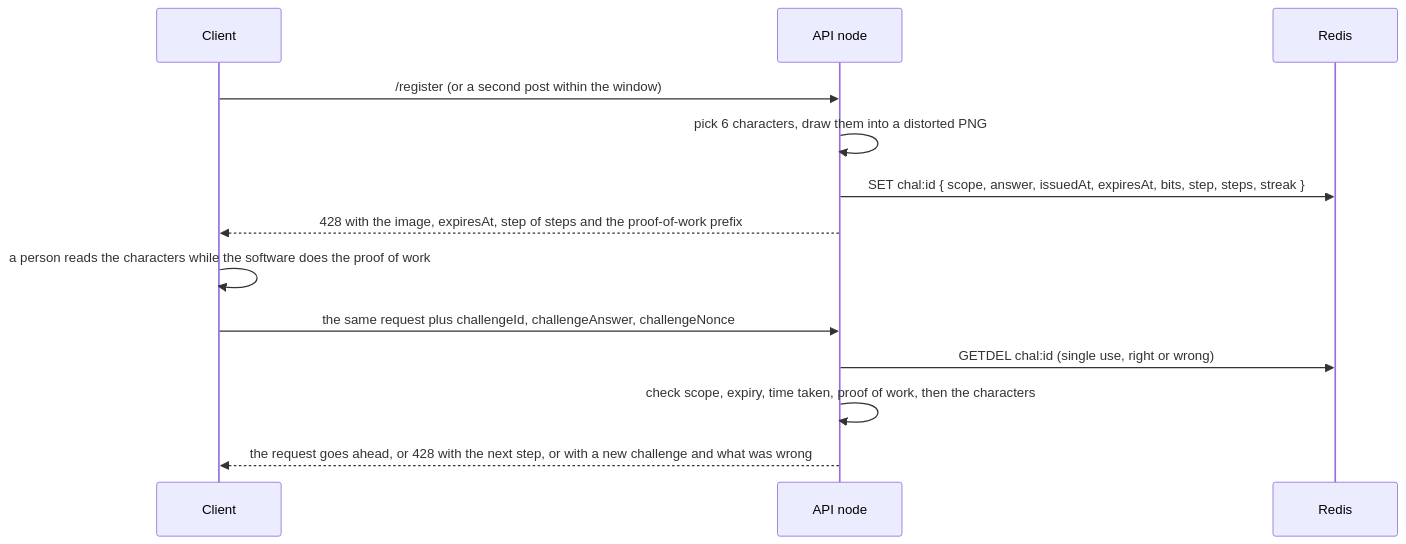
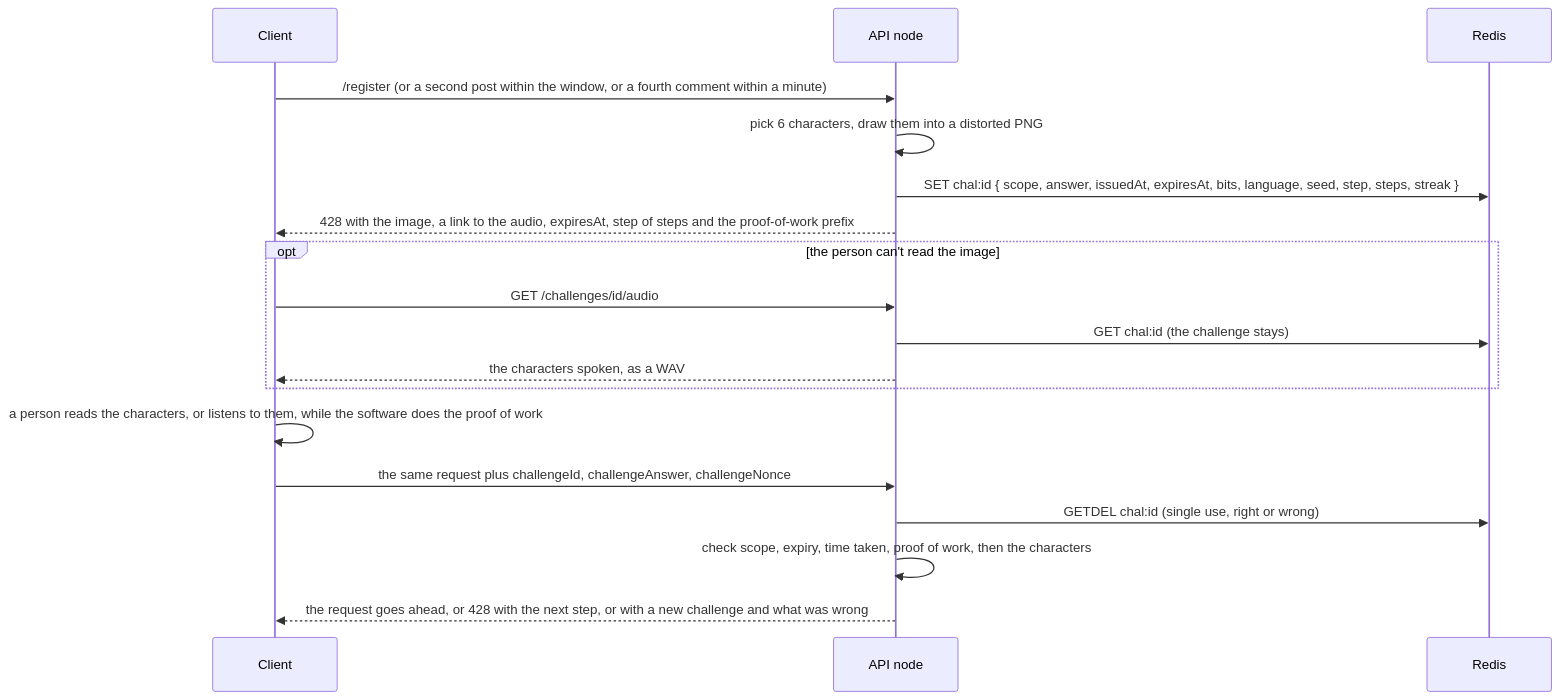
Before and after one commit to techfalos/evieverse: the second of 8 diagrams in docs/APP.md, drawn with Mermaid. The commit also changed other lines of this file and 154 other files, not shown here.

````diff
--- a/docs/APP.md
+++ b/docs/APP.md
@@ -325,15 +360,20 @@
 ```mermaid
 sequenceDiagram
   participant C as Client
   participant A as API node
   participant R as Redis
-  C->>A: /register (or a second post within the window)
+  C->>A: /register (or a second post within the window, or a fourth comment within a minute)
   A->>A: pick 6 characters, draw them into a distorted PNG
-  A->>R: SET chal:id { scope, answer, issuedAt, expiresAt, bits, step, steps, streak }
-  A-->>C: 428 with the image, expiresAt, step of steps and the proof-of-work prefix
-  C->>C: a person reads the characters while the software does the proof of work
+  A->>R: SET chal:id { scope, answer, issuedAt, expiresAt, bits, language, seed, step, steps, streak }
+  A-->>C: 428 with the image, a link to the audio, expiresAt, step of steps and the proof-of-work prefix
+  opt the person can't read the image
+    C->>A: GET /challenges/id/audio
+    A->>R: GET chal:id (the challenge stays)
+    A-->>C: the characters spoken, as a WAV
+  end
+  C->>C: a person reads the characters, or listens to them, while the software does the proof of work
   C->>A: the same request plus challengeId, challengeAnswer, challengeNonce
   A->>R: GETDEL chal:id (single use, right or wrong)
   A->>A: check scope, expiry, time taken, proof of work, then the characters
   A-->>C: the request goes ahead, or 428 with the next step, or with a new challenge and what was wrong
 ```
````
